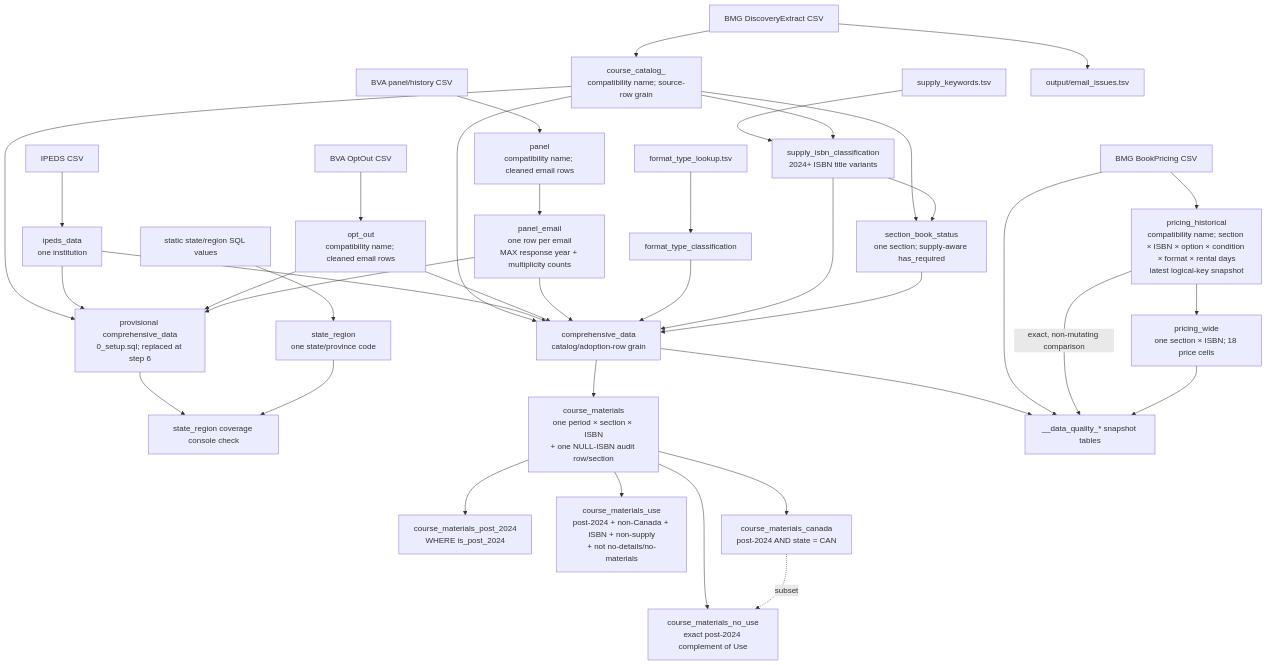
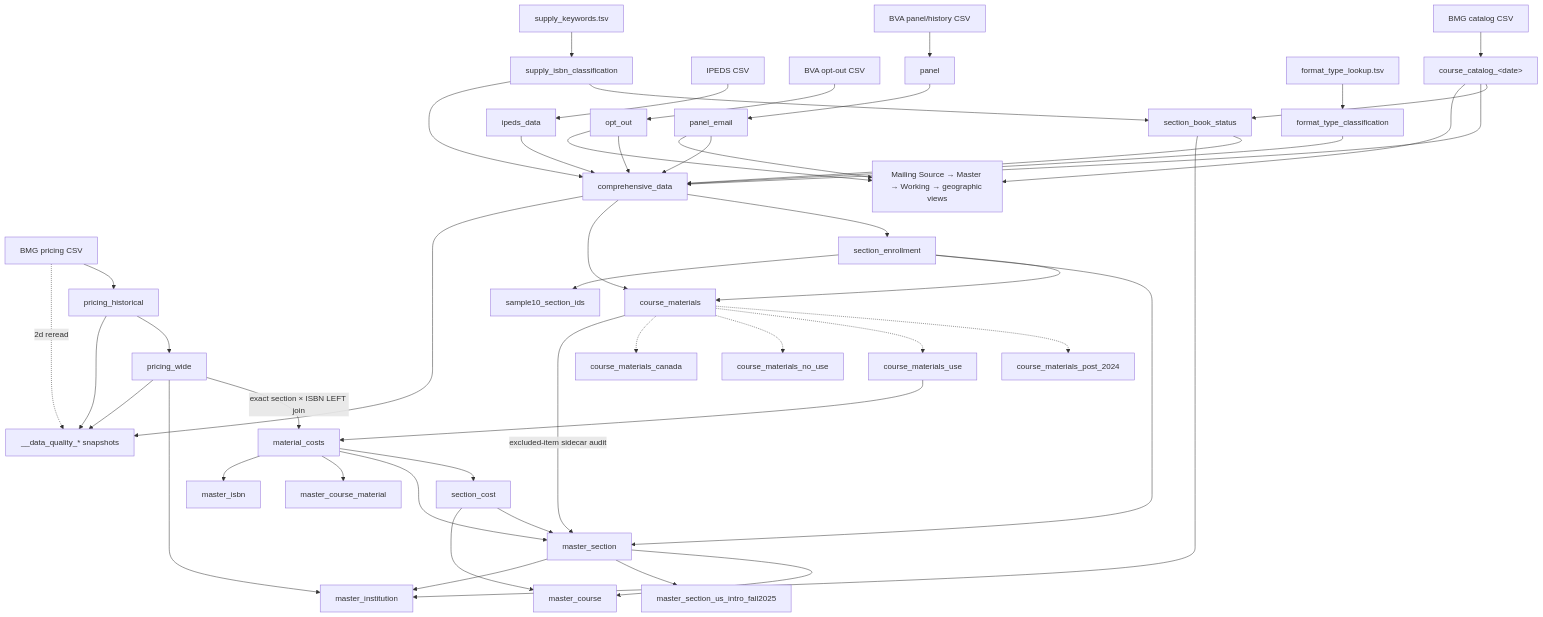
Before and after one commit to christopherseaman/commodoreSQL: the second of 3 diagrams in SCHEMA.md, drawn with Mermaid. The commit also changed other lines of this file and 59 other files, not shown here.

````diff
--- a/SCHEMA.md
+++ b/SCHEMA.md
@@ -241,41 +163,54 @@
 ```mermaid
 flowchart TD
-    catalog_csv["BMG DiscoveryExtract CSV"] --> catalog["course_catalog_<date><br/>compatibility name; source-row grain"]
-    ipeds_csv["IPEDS CSV"] --> ipeds["ipeds_data<br/>one institution"]
-    optout_csv["BVA OptOut CSV"] --> optout["opt_out<br/>compatibility name; cleaned email rows"]
-    panel_csv["BVA panel/history CSV"] --> panel["panel<br/>compatibility name; cleaned email rows"]
-    panel --> panel_email["panel_email<br/>one row per email<br/>MAX response year + multiplicity counts"]
-    pricing_csv["BMG BookPricing CSV"] --> pricing["pricing_historical<br/>compatibility name; section × ISBN × option × condition × format × rental days<br/>latest logical-key snapshot"]
-    format_tsv["format_type_lookup.tsv"] --> ftc["format_type_classification"]
-    supply_tsv["supply_keywords.tsv"] --> supply["supply_isbn_classification<br/>2024+ ISBN title variants"]
-    static_region["static state/region SQL values"] --> region["state_region<br/>one state/province code"]
-    catalog_csv --> email_audit["output/email_issues.tsv"]
-    catalog --> cd0["provisional comprehensive_data<br/>0_setup.sql; replaced at step 6"]
-    ipeds --> cd0
-    optout --> cd0
-    panel_email --> cd0
-    cd0 --> region_check["state_region coverage console check"]
-    region --> region_check
-    catalog --> supply
-    catalog --> sbs["section_book_status<br/>one section; supply-aware has_required"]
-    supply --> sbs
-    catalog --> cd["comprehensive_data<br/>catalog/adoption-row grain"]
-    ipeds --> cd
-    optout --> cd
-    panel_email --> cd
-    ftc --> cd
-    supply --> cd
-    sbs --> cd
+    catalog_csv["BMG catalog CSV"] --> catalog["course_catalog_&lt;date&gt;"]
+    ipeds_csv["IPEDS CSV"] --> ipeds["ipeds_data"]
+    optout_csv["BVA opt-out CSV"] --> optout["opt_out"]
+    panel_csv["BVA panel/history CSV"] --> panel["panel"] --> panel_email["panel_email"]
+    pricing_csv["BMG pricing CSV"] --> pricing["pricing_historical"] --> pw["pricing_wide"]
+    format_tsv["format_type_lookup.tsv"] --> format["format_type_classification"]
+    supply_tsv["supply_keywords.tsv"] --> supply["supply_isbn_classification"]
 
-    cd --> cm["course_materials<br/>one period × section × ISBN<br/>+ one NULL-ISBN audit row/section"]
-    cm --> post24["course_materials_post_2024<br/>WHERE is_post_2024"]
-    cm --> use["course_materials_use<br/>post-2024 + non-Canada + ISBN + non-supply<br/>+ not no-details/no-materials"]
-    cm --> nouse["course_materials_no_use<br/>exact post-2024 complement of Use"]
-    cm --> canada["course_materials_canada<br/>post-2024 AND state = CAN"]
-    canada -. "subset" .-> nouse
-    pricing --> pw["pricing_wide<br/>one section × ISBN; 18 price cells"]
-    cd --> dq["__data_quality_* snapshot tables"]
-    pricing_csv --> dq
-    pricing -->|"exact, non-mutating comparison"| dq
+    catalog --> status["section_book_status"]
+    supply --> status
+    catalog --> comprehensive["comprehensive_data"]
+    ipeds --> comprehensive
+    optout --> comprehensive
+    panel_email --> comprehensive
+    format --> comprehensive
+    supply --> comprehensive
+    status --> comprehensive
+
+    comprehensive --> enrollment["section_enrollment"]
+    comprehensive --> materials["course_materials"]
+    enrollment --> materials
+    materials -.-> post24["course_materials_post_2024"]
+    materials -.-> use["course_materials_use"]
+    materials -.-> nouse["course_materials_no_use"]
+    materials -.-> canada["course_materials_canada"]
+
+    catalog --> mailing["Mailing Source → Master → Working → geographic views"]
+    panel_email --> mailing
+    optout --> mailing
+
+    use --> costs["material_costs"]
+    pw -->|"exact section × ISBN LEFT join"| costs
+    costs --> section_cost["section_cost"]
+    costs --> master_section["master_section"]
+    enrollment --> master_section
+    section_cost --> master_section
+    materials -->|"excluded-item sidecar audit"| master_section
+    master_section --> master_course["master_course"]
+    section_cost --> master_course
+    costs --> master_course_material["master_course_material"]
+    master_section --> report["master_section_us_intro_fall2025"]
+    master_section --> master_institution["master_institution"]
+    status --> master_institution
+    pw --> master_institution
+    costs --> master_isbn["master_isbn"]
+    enrollment --> sample["sample10_section_ids"]
+
+    comprehensive --> dq["__data_quality_* snapshots"]
+    pricing --> dq
     pw --> dq
+    pricing_csv -. "2d reread" .-> dq
 ```
````
